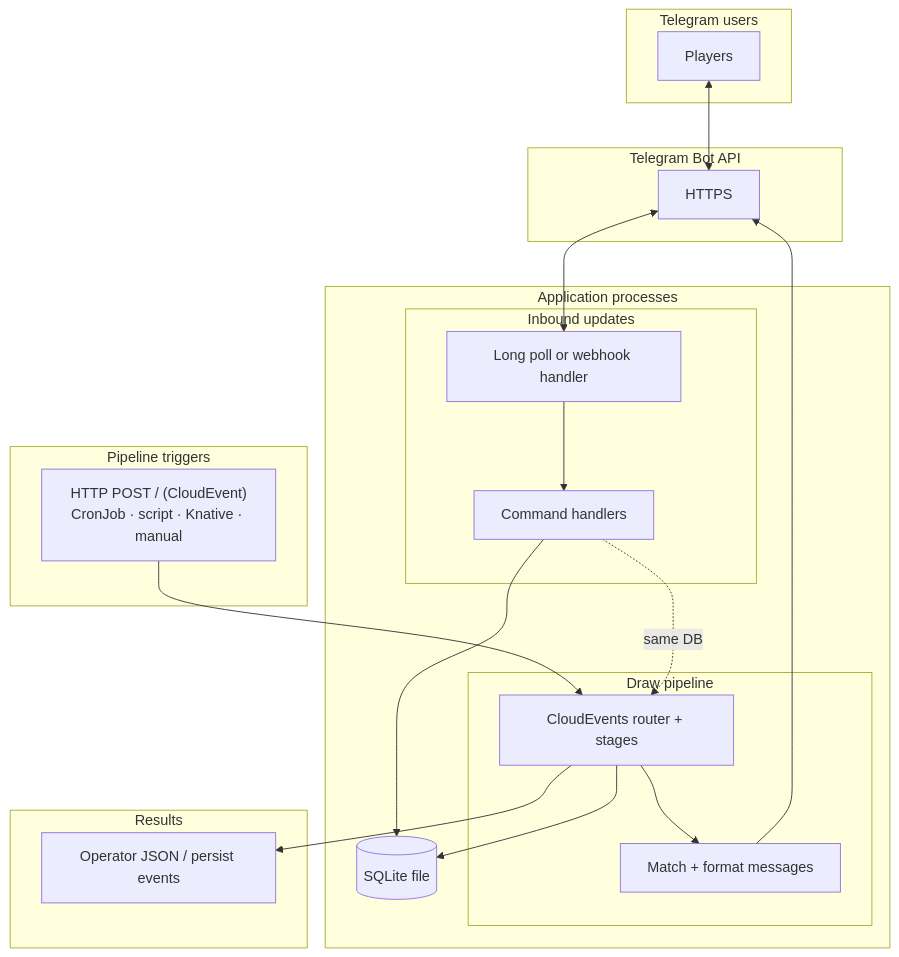
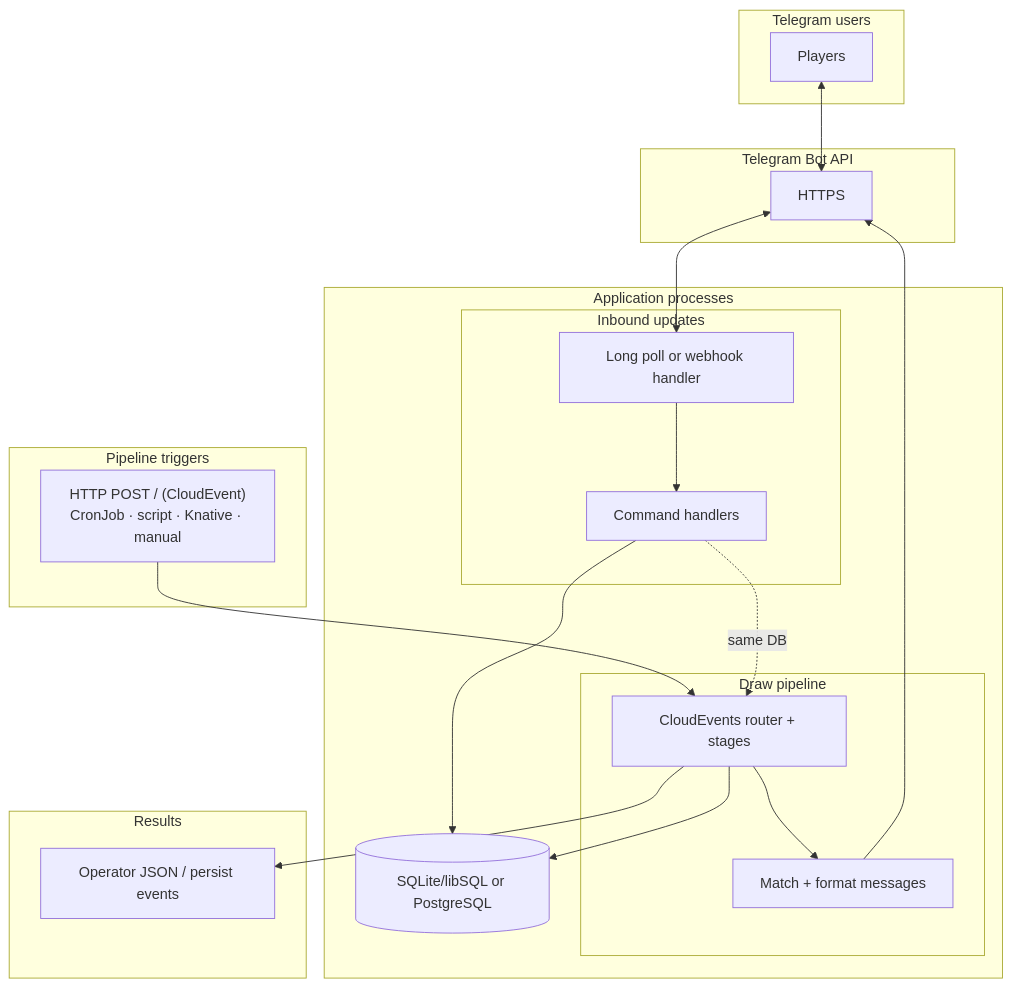
The second of 4 diagrams in docs/architecture.md (95gabor/szerencsejatek-telegram-bot), drawn with Mermaid before and after one commit. The commit also changed other lines of this file and 19 other files, not shown here.

````diff
--- a/docs/architecture.md
+++ b/docs/architecture.md
@@ -44,36 +45,36 @@
 ```mermaid
 flowchart TB
   subgraph users [Telegram users]
     U[Players]
   end
   subgraph tg [Telegram Bot API]
     API[HTTPS]
   end
   subgraph app [Application processes]
     subgraph inbound [Inbound updates]
       WH[Long poll or webhook handler]
       H[Command handlers]
     end
     subgraph pipeline [Draw pipeline]
       J[CloudEvents router + stages]
       M[Match + format messages]
     end
-    DB[(SQLite file)]
+    DB[(SQLite/libSQL or PostgreSQL)]
   end
   subgraph external [Results]
     SRC[Operator JSON / persist events]
   end
   subgraph triggers [Pipeline triggers]
     TR["HTTP POST / (CloudEvent)<br/>CronJob · script · Knative · manual"]
   end
   U <--> API
   API <--> WH
   WH --> H
   H --> DB
   TR --> J
   J --> SRC
   J --> DB
   J --> M
   M --> API
   H -.->|same DB| J
 ```
````
